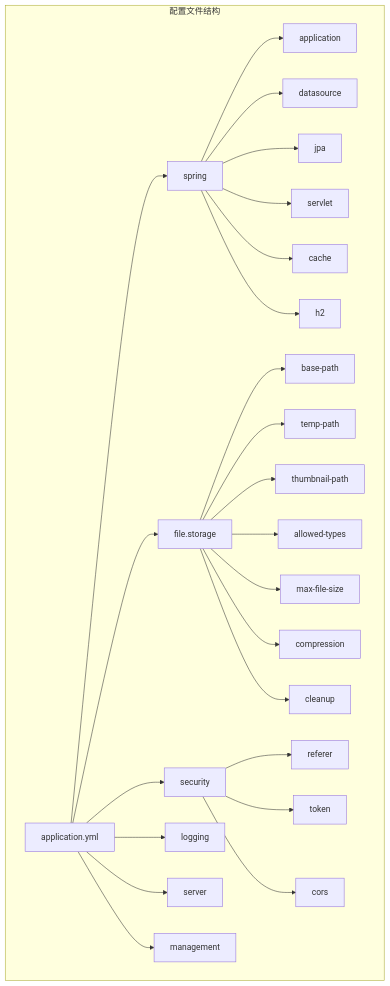
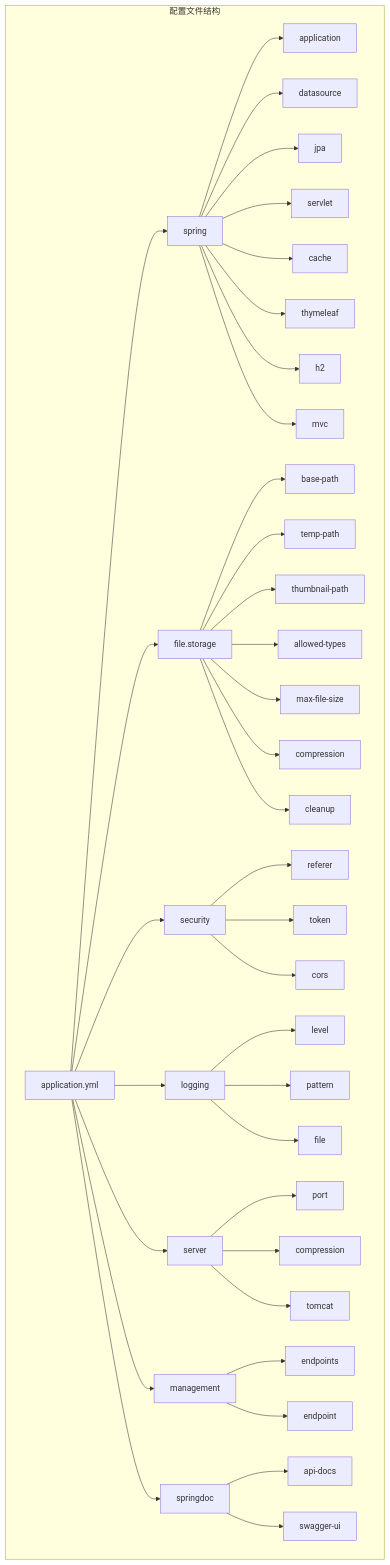
The first of 5 diagrams in .qoder/repowiki/zh/content/配置指南/配置指南.md (QoderZcy/zcyTest2), drawn with Mermaid before and after one commit. The commit also changed other lines of this file and 9 other files, not shown here.

````diff
--- a/.qoder/repowiki/zh/content/配置指南/配置指南.md
+++ b/.qoder/repowiki/zh/content/配置指南/配置指南.md
@@ -35,27 +60,40 @@
 ```mermaid
 graph TB
 subgraph "配置文件结构"
 A[application.yml] --> B[spring]
 A --> C[file.storage]
 A --> D[security]
 A --> E[logging]
 A --> F[server]
 A --> G[management]
+A --> H[springdoc]
 B --> B1[application]
 B --> B2[datasource]
 B --> B3[jpa]
 B --> B4[servlet]
 B --> B5[cache]
-B --> B6[h2]
+B --> B6[thymeleaf]
+B --> B7[h2]
+B --> B8[mvc]
 C --> C1[base-path]
 C --> C2[temp-path]
 C --> C3[thumbnail-path]
 C --> C4[allowed-types]
 C --> C5[max-file-size]
 C --> C6[compression]
 C --> C7[cleanup]
 D --> D1[referer]
 D --> D2[token]
 D --> D3[cors]
+E --> E1[level]
+E --> E2[pattern]
+E --> E3[file]
+F --> F1[port]
+F --> F2[compression]
+F --> F3[tomcat]
+G --> G1[endpoints]
+G --> G2[endpoint]
+H --> H1[api-docs]
+H --> H2[swagger-ui]
 end
 ```
````
